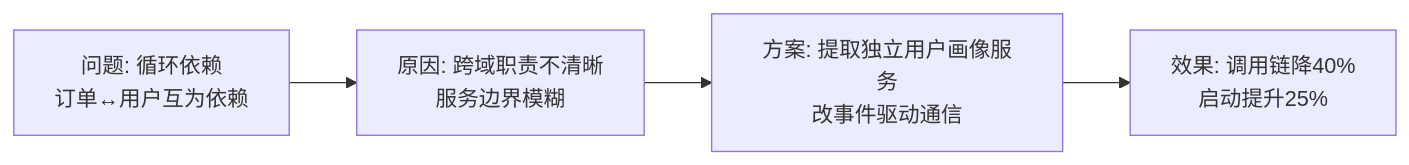
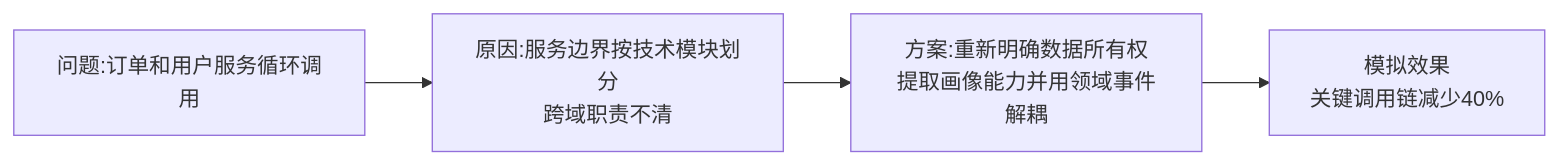
The third of 3 diagrams in 02-论文专题/0004-微服务/00-大纲记忆卡.md (EdgarLQS/SoftwareArchitectureExamGuide), drawn with Mermaid before and after one commit. The commit also changed other lines of this file, not shown here.

````diff
--- a/02-论文专题/0004-微服务/00-大纲记忆卡.md
+++ b/02-论文专题/0004-微服务/00-大纲记忆卡.md
@@ -59,6 +107,6 @@
 ```mermaid
 flowchart LR
-    A["问题: 循环依赖<br/>订单↔用户互为依赖"] --> B["原因: 跨域职责不清晰<br/>服务边界模糊"]
-    B --> C["方案: 提取独立用户画像服务<br/>改事件驱动通信"]
-    C --> D["效果: 调用链降40%<br/>启动提升25%"]
+    A["问题:订单和用户服务循环调用"] --> B["原因:服务边界按技术模块划分<br/>跨域职责不清"]
+    B --> C["方案:重新明确数据所有权<br/>提取画像能力并用领域事件解耦"]
+    C --> D["模拟效果<br/>关键调用链减少40%"]
 ```
````
